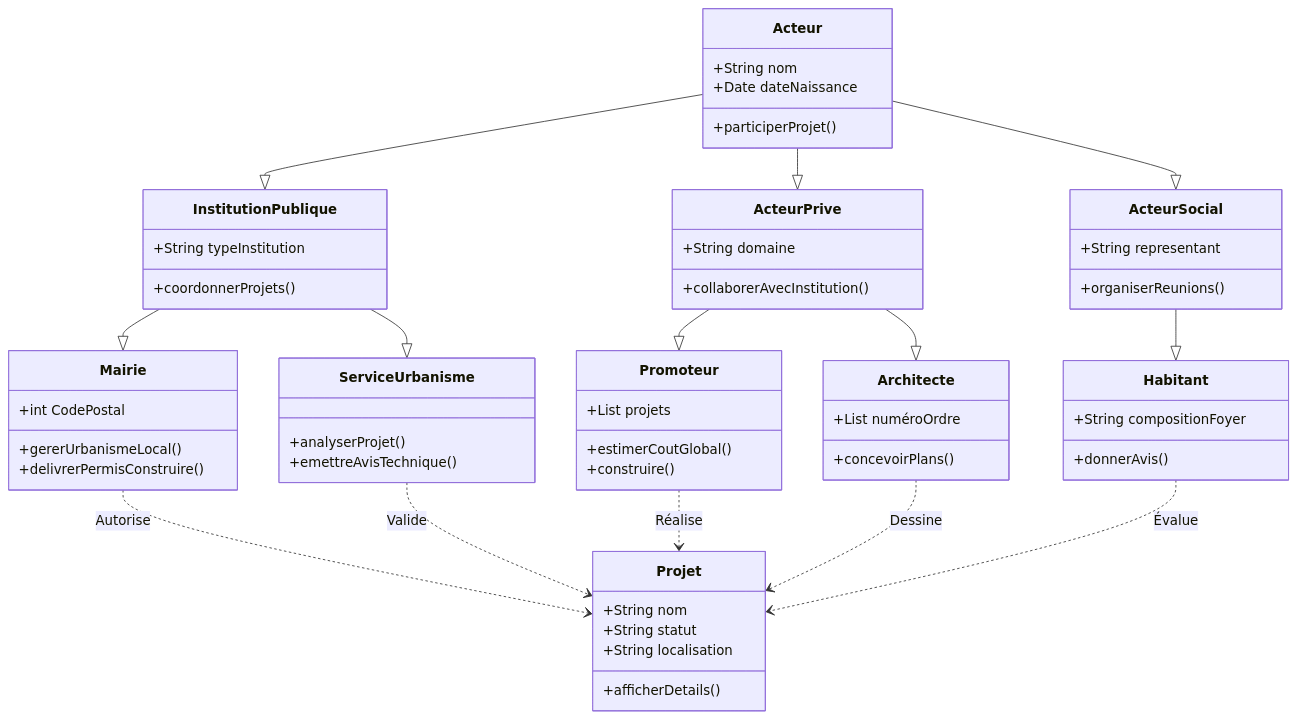
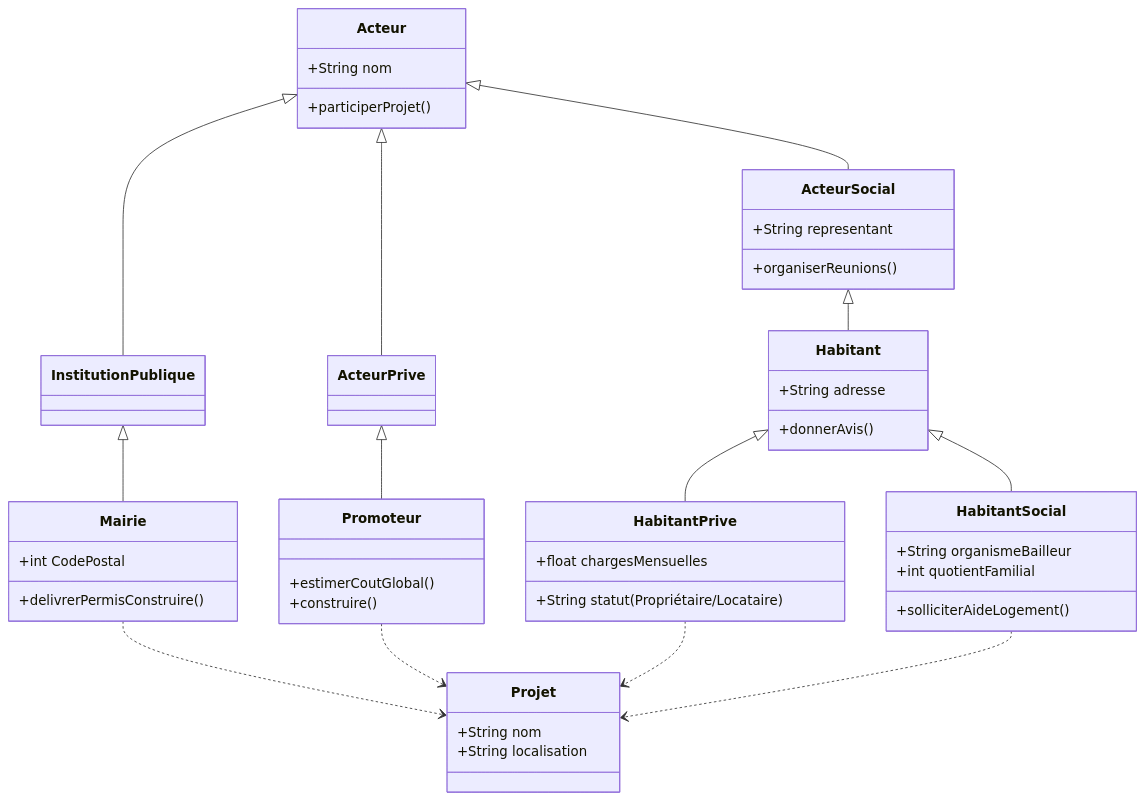
One commit to kahiarchi/LeBatiment_PlaineSaintDenis changed the diagram in acteurskahiarchi2.md. Above: the diagram before and after it, drawn with Mermaid.

````diff
--- a/acteurskahiarchi2.md
+++ b/acteurskahiarchi2.md
@@ -1,79 +1,69 @@
 ```mermaid
 classDiagram
     direction TB
 
+    %% --- BLOC ACTEURS ---
     class Acteur {
         +String nom
-        +Date dateNaissance
         +participerProjet()
-    }
-
-    class InstitutionPublique {
-        +String typeInstitution
-        +coordonnerProjets()
-    }
-
-    class ActeurPrive {
-        +String domaine
-        +collaborerAvecInstitution()
     }
 
     class ActeurSocial {
         +String representant
         +organiserReunions()
     }
 
+    %% --- SPÉCIALISATION HABITANT ---
+    class Habitant {
+        +String adresse
+        +donnerAvis()
+    }
+
+    class HabitantPrive {
+        +String statut (Propriétaire/Locataire)
+        +float chargesMensuelles
+    }
+
+    class HabitantSocial {
+        +String organismeBailleur
+        +int quotientFamilial
+        +solliciterAideLogement()
+    }
+
+    %% --- AUTRES ACTEURS (Compact) ---
     class Mairie {
         +int CodePostal
-        +gererUrbanismeLocal()
         +delivrerPermisConstruire()
     }
 
-    class ServiceUrbanisme {
-        +analyserProjet()
-        +emettreAvisTechnique()
-    }
-
     class Promoteur {
-        +List projets
         +estimerCoutGlobal()
         +construire()
     }
 
-    class Architecte {
-        +List numéroOrdre
-        +concevoirPlans()
+    %% --- RÉSULTAT ---
+    class Projet {
+        +String nom
+        +String localisation
     }
 
-    class Habitant {
-        +String compositionFoyer
-        +donnerAvis()
-    }
+    %% --- RELATIONS ---
+    Acteur <|-- ActeurSocial
+    ActeurSocial <|-- Habitant
+    
+    %% Distinction demandée
+    Habitant <|-- HabitantPrive
+    Habitant <|-- HabitantSocial
 
-    class Projet {
-        +String nom
-        +String statut
-        +String localisation
-        +afficherDetails()
-    }
+    %% Autres branches
+    Acteur <|-- InstitutionPublique
+    InstitutionPublique <|-- Mairie
+    Acteur <|-- ActeurPrive
+    ActeurPrive <|-- Promoteur
 
-    %% Hiérarchie (Flèches vers le bas)
-    Acteur --|> InstitutionPublique
-    Acteur --|> ActeurPrive
-    Acteur --|> ActeurSocial
-
-    InstitutionPublique --|> Mairie
-    InstitutionPublique --|> ServiceUrbanisme
-
-    ActeurPrive --|> Promoteur
-    ActeurPrive --|> Architecte
-
-    ActeurSocial --|> Habitant
-
-    %% Action vers le Projet (Tout en bas)
-    Mairie ..> Projet : Autorise
-    ServiceUrbanisme ..> Projet : Valide
-    Promoteur ..> Projet : Réalise
-    Architecte ..> Projet : Dessine
-    Habitant ..> Projet : Évalue
+    %% Flux vers le Projet
+    Mairie ..> Projet 
+    Promoteur ..> Projet 
+    HabitantPrive ..> Projet
+    HabitantSocial ..> Projet
 ```
````
